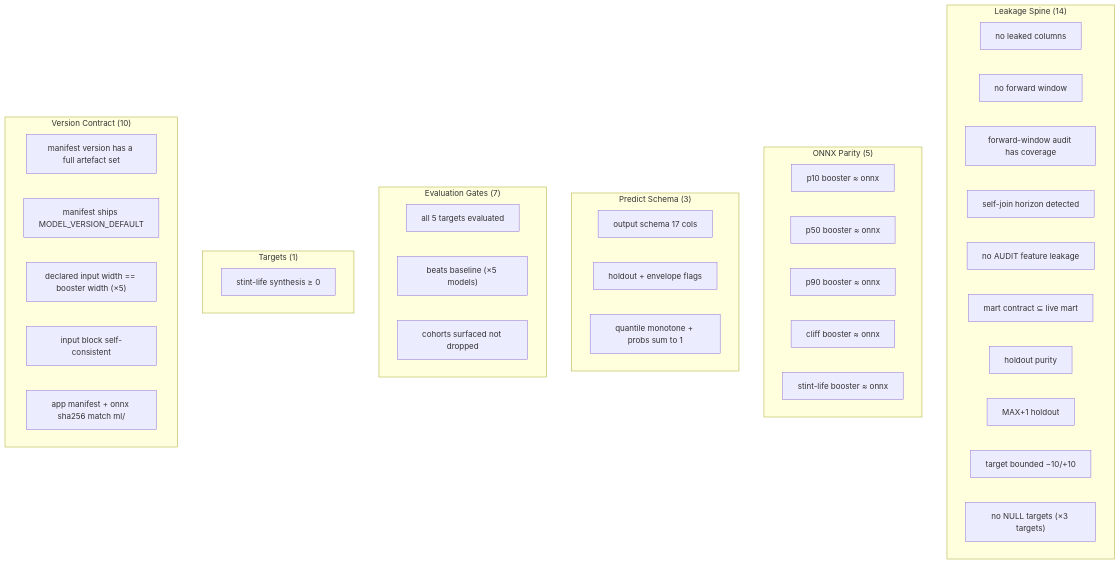
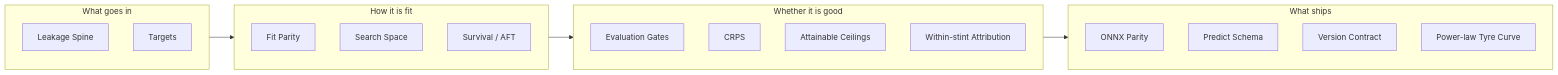
The diagram in docs/ml/ci/overview.mdx (JustinClarke/off-the-pace), drawn with Mermaid before and after one commit. The commit also changed other lines of this file and 224 other files, not shown here.

Commit message:
Add documentation for additive identity and mart models

````diff
--- a/docs/ml/ci/overview.mdx
+++ b/docs/ml/ci/overview.mdx
@@ -31,42 +41,25 @@
 ```mermaid
-graph TD
-    subgraph "Leakage Spine (14)"
-        L1["no leaked columns"]
-        L2["no forward window"]
-        L2b["forward-window audit has coverage"]
-        L2c["self-join horizon detected"]
-        L3["no AUDIT feature leakage"]
-        L4["mart contract ⊆ live mart"]
-        L5["holdout purity"]
-        L6["MAX+1 holdout"]
-        L7["target bounded −10/+10"]
-        L8["no NULL targets (×3 targets)"]
+graph LR
+    subgraph IN["What goes in"]
+        G1["Leakage Spine"]
+        G2["Targets"]
     end
-    subgraph "ONNX Parity (5)"
-        O1["p10 booster ≈ onnx"]
-        O2["p50 booster ≈ onnx"]
-        O3["p90 booster ≈ onnx"]
-        O4["cliff booster ≈ onnx"]
-        O5["stint-life booster ≈ onnx"]
+    subgraph FIT["How it is fit"]
+        G3["Fit Parity"]
+        G4["Search Space"]
+        G5["Survival / AFT"]
     end
-    subgraph "Predict Schema (3)"
-        P1["output schema 17 cols"]
-        P2["holdout + envelope flags"]
-        P3["quantile monotone + probs sum to 1"]
+    subgraph SCORE["Whether it is good"]
+        G6["Evaluation Gates"]
+        G7["CRPS"]
+        G8["Attainable Ceilings"]
+        G9["Within-stint Attribution"]
     end
-    subgraph "Evaluation Gates (7)"
-        E1["all 5 targets evaluated"]
-        E2["beats baseline (×5 models)"]
-        E3["cohorts surfaced not dropped"]
+    subgraph SHIP["What ships"]
+        G10["ONNX Parity"]
+        G11["Predict Schema"]
+        G12["Version Contract"]
+        G13["Power-law Tyre Curve"]
     end
-    subgraph "Targets (1)"
-        T1["stint-life synthesis ≥ 0"]
-    end
-    subgraph "Version Contract (10)"
-        V1["manifest version has a full artefact set"]
-        V2["manifest ships MODEL_VERSION_DEFAULT"]
-        V3["declared input width == booster width (×5)"]
-        V4["input block self-consistent"]
-        V5["app manifest + onnx sha256 match ml/"]
-    end
+    IN --> FIT --> SCORE --> SHIP
 ```
````
